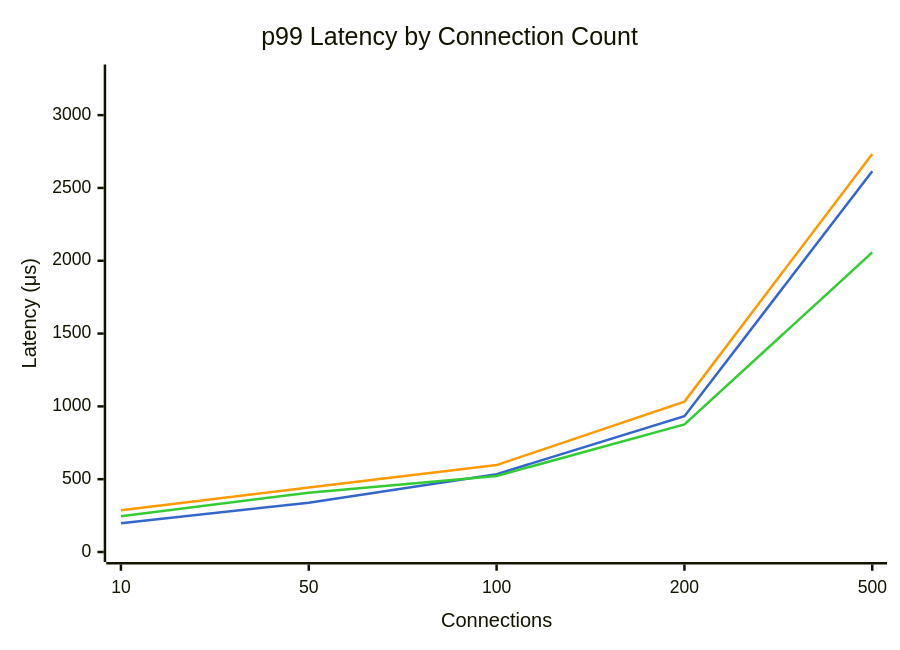
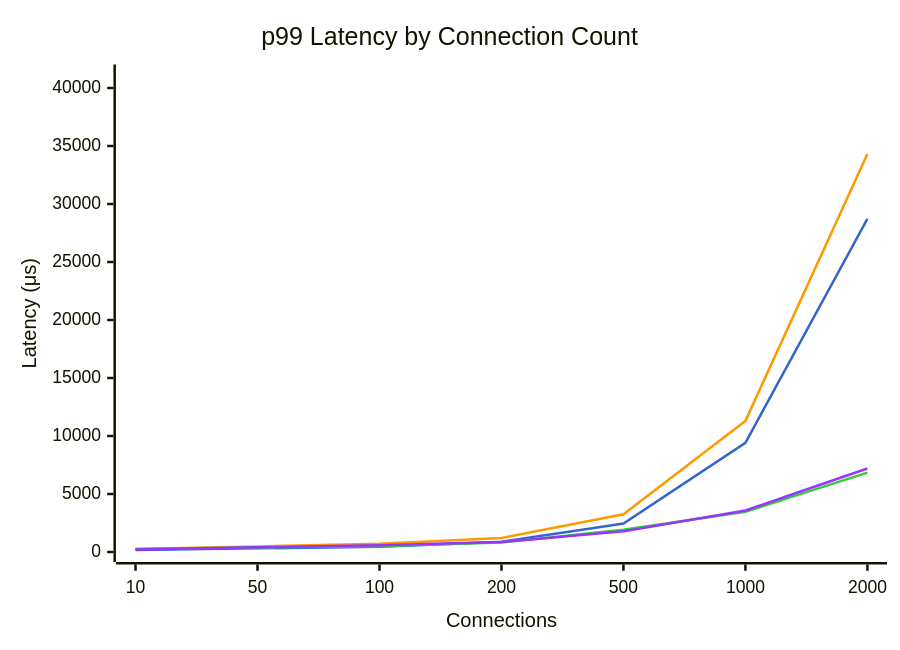
One commit to youyuanwu/bypass-misc changed the sixth of 6 diagrams in docs/Bench/Azure/Standard_D4s_v5.md. Above: the diagram before and after it, drawn with Mermaid. The commit also changed other lines of this file and 15 other files, not shown here.

````diff
--- a/docs/Bench/Azure/Standard_D4s_v5.md
+++ b/docs/Bench/Azure/Standard_D4s_v5.md
@@ -133,15 +151,16 @@
 ```mermaid
 ---
 config:
     themeVariables:
         xyChart:
-            plotColorPalette: "#3366cc, #ff9900, #33cc33"
+            plotColorPalette: "#3366cc, #ff9900, #33cc33, #9933ff"
 ---
 xychart-beta
     title "p99 Latency by Connection Count"
-    x-axis "Connections" [10, 50, 100, 200, 500]
-    y-axis "Latency (μs)" 0 --> 3279
-    line "dpdk" [197, 338, 534, 932, 2615]
-    line "tokio" [286, 443, 597, 1033, 2733]
-    line "tokio-local" [245, 407, 522, 876, 2057]
+    x-axis "Connections" [10, 50, 100, 200, 500, 1000, 2000]
+    y-axis "Latency (μs)" 0 --> 41163
+    line "dpdk" [173, 317, 442, 877, 2449, 9415, 28719]
+    line "tokio" [248, 476, 702, 1213, 3249, 11303, 34303]
+    line "tokio-local" [268, 401, 501, 823, 1914, 3463, 6847]
+    line "kimojio" [226, 414, 575, 856, 1781, 3575, 7195]
 ```
````
